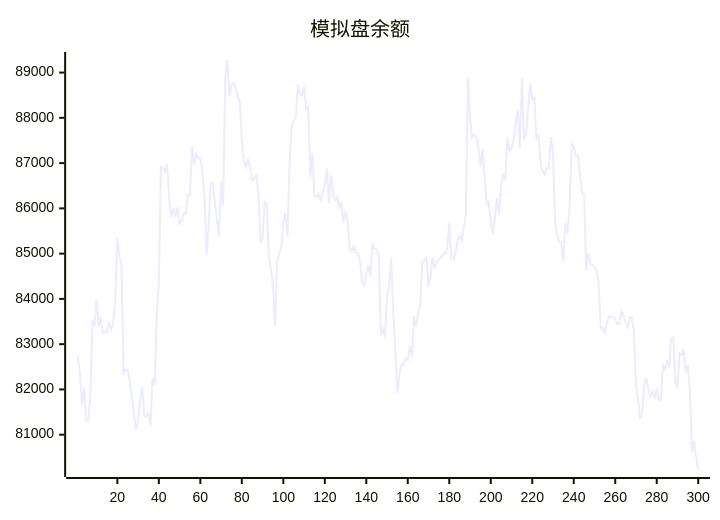
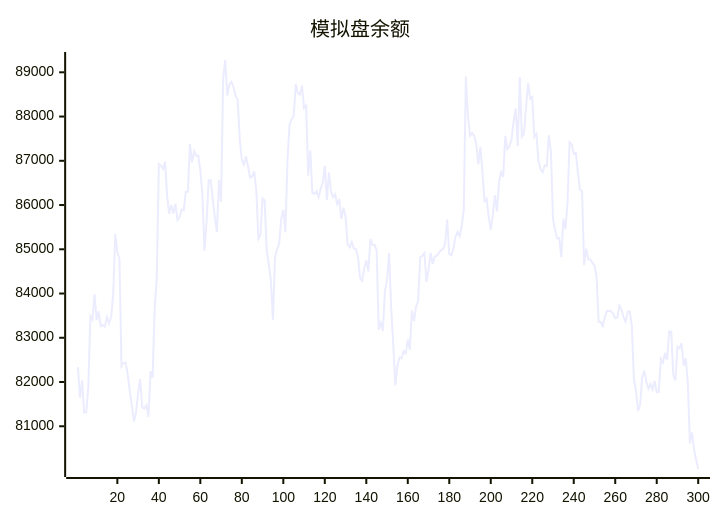
Before and after one commit to aahl/ai-trading: the diagram in README.md, drawn with Mermaid. The commit also changed other lines of this file and 1 other file, not shown here.

````diff
--- a/README.md
+++ b/README.md
@@ -5,5 +5,5 @@
 ```mermaid
 xychart
     title "模拟盘余额"
-    line [82744,82337,81639,82040,81307,81314,81887,83490,83414,83984,83396,83594,83261,83287,83253,83470,83327,83465,83987,85348,84930,84786,82355,82433,82438,82167,81795,81466,81105,81315,81756,82064,81426,81398,81481,81210,82242,82099,83658,84359,86925,86892,86814,86980,86203,85802,86003,85811,86028,85657,85721,85896,85880,86300,86299,87378,86965,87214,87115,87118,86780,86238,84966,85623,86555,86562,86129,85722,85387,86569,86070,88870,89278,88477,88720,88781,88668,88467,88372,87493,87018,86917,87102,86870,86613,86644,86758,86317,85242,85334,86149,86106,84968,84671,84302,83410,84816,85001,85127,85693,85891,85384,87001,87811,87945,88007,88734,88528,88495,88705,88189,88248,86662,87234,86279,86251,86314,86177,86364,86503,86886,86114,86731,86310,86176,86240,86017,86136,85685,85938,85749,85111,85044,85164,85016,85008,84824,84354,84287,84572,84745,84500,85234,85096,85095,84970,83180,83338,83157,84070,84309,84922,83667,82850,81924,82369,82552,82539,82695,82648,82962,82728,83619,83378,83710,83825,84819,84854,84917,84265,84527,84919,84668,84834,84850,84916,84981,85004,85131,85674,84891,84864,85019,85284,85393,85294,85538,85894,88904,88012,87567,87625,87568,87386,86920,87313,86737,86094,86143,85725,85437,85787,86219,85859,86526,86740,86630,87563,87264,87335,87483,87886,88180,87335,88894,87544,87608,88207,88755,88401,88444,87543,87608,87000,86810,86740,86894,86884,87576,87209,85686,85435,85251,85255,84820,85689,85453,86066,87420,87373,87161,87178,86740,86341,86315,84643,85012,84772,84768,84690,84635,84376,83360,83357,83259,83474,83608,83606,83602,83548,83440,83454,83724,83644,83464,83365,83590,83592,83275,82072,81806,81344,81492,82109,82254,82006,81848,81955,81829,82022,81769,81776,82522,82441,82656,82498,83144,83144,82150,82038,82797,82763,82872,82367,82536,81981,80612,80862,80484,80242]
+    line [82337,81639,82040,81307,81314,81887,83490,83414,83984,83396,83594,83261,83287,83253,83470,83327,83465,83987,85348,84930,84786,82355,82433,82438,82167,81795,81466,81105,81315,81756,82064,81426,81398,81481,81210,82242,82099,83658,84359,86925,86892,86814,86980,86203,85802,86003,85811,86028,85657,85721,85896,85880,86300,86299,87378,86965,87214,87115,87118,86780,86238,84966,85623,86555,86562,86129,85722,85387,86569,86070,88870,89278,88477,88720,88781,88668,88467,88372,87493,87018,86917,87102,86870,86613,86644,86758,86317,85242,85334,86149,86106,84968,84671,84302,83410,84816,85001,85127,85693,85891,85384,87001,87811,87945,88007,88734,88528,88495,88705,88189,88248,86662,87234,86279,86251,86314,86177,86364,86503,86886,86114,86731,86310,86176,86240,86017,86136,85685,85938,85749,85111,85044,85164,85016,85008,84824,84354,84287,84572,84745,84500,85234,85096,85095,84970,83180,83338,83157,84070,84309,84922,83667,82850,81924,82369,82552,82539,82695,82648,82962,82728,83619,83378,83710,83825,84819,84854,84917,84265,84527,84919,84668,84834,84850,84916,84981,85004,85131,85674,84891,84864,85019,85284,85393,85294,85538,85894,88904,88012,87567,87625,87568,87386,86920,87313,86737,86094,86143,85725,85437,85787,86219,85859,86526,86740,86630,87563,87264,87335,87483,87886,88180,87335,88894,87544,87608,88207,88755,88401,88444,87543,87608,87000,86810,86740,86894,86884,87576,87209,85686,85435,85251,85255,84820,85689,85453,86066,87420,87373,87161,87178,86740,86341,86315,84643,85012,84772,84768,84690,84635,84376,83360,83357,83259,83474,83608,83606,83602,83548,83440,83454,83724,83644,83464,83365,83590,83592,83275,82072,81806,81344,81492,82109,82254,82006,81848,81955,81829,82022,81769,81776,82522,82441,82656,82498,83144,83144,82150,82038,82797,82763,82872,82367,82536,81981,80612,80862,80484,80242,80034]
 ```
````
